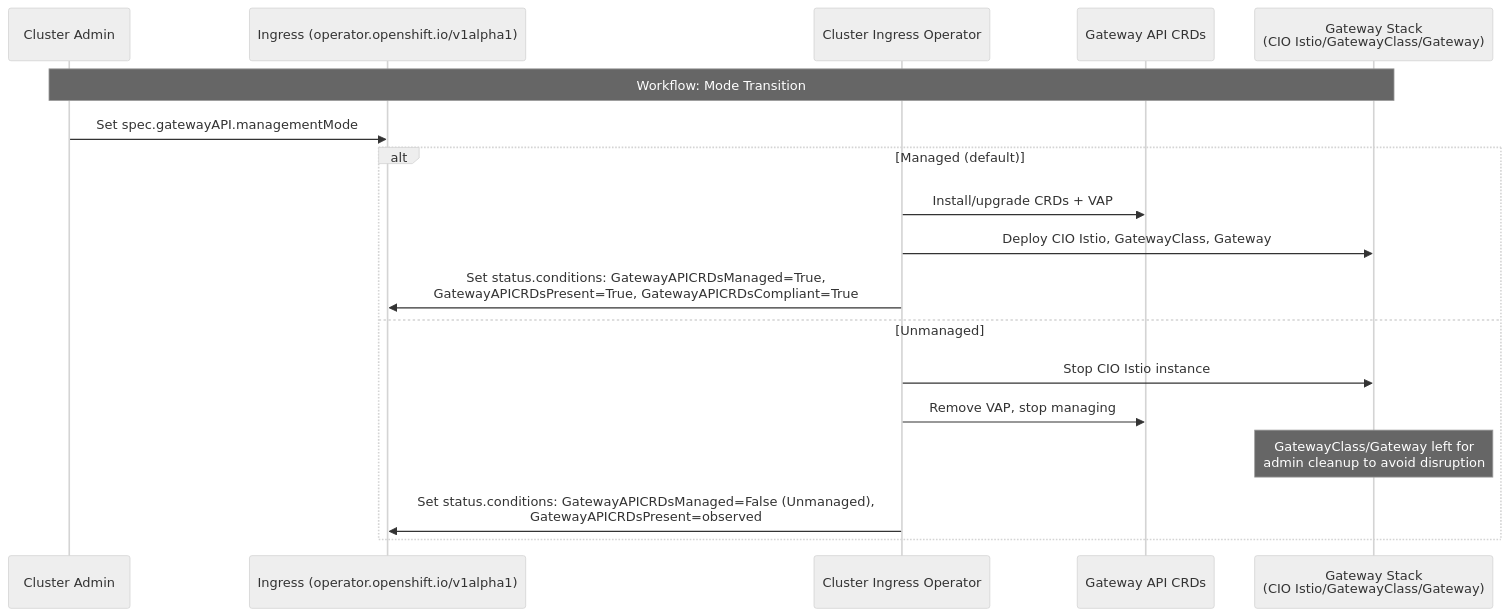
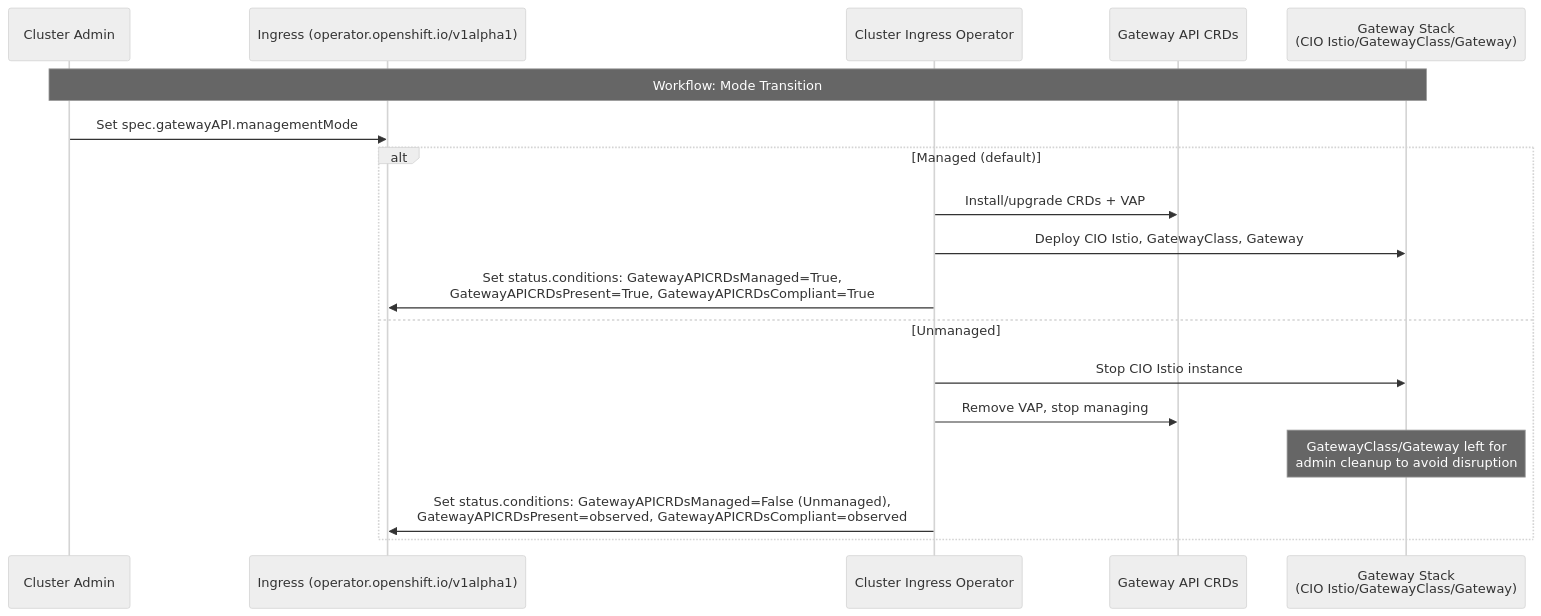
The diagram in enhancements/ingress/gateway-api-crd-management-mode.md (openshift/enhancements), drawn with Mermaid (neutral theme) before and after one commit. The commit also changed other lines of this file, not shown here.

````diff
--- a/enhancements/ingress/gateway-api-crd-management-mode.md
+++ b/enhancements/ingress/gateway-api-crd-management-mode.md
@@ -251,22 +252,22 @@
 ```mermaid
 sequenceDiagram
     participant Admin as Cluster Admin
     participant IC as Ingress (operator.openshift.io/v1alpha1)
     participant CIO as Cluster Ingress Operator
     participant CRDs as Gateway API CRDs
     participant GW as Gateway Stack<br/>(CIO Istio/GatewayClass/Gateway)
 
     Note over Admin,GW: Workflow: Mode Transition
     Admin->>IC: Set spec.gatewayAPI.managementMode
 
     alt Managed (default)
         CIO->>CRDs: Install/upgrade CRDs + VAP
         CIO->>GW: Deploy CIO Istio, GatewayClass, Gateway
         CIO->>IC: Set status.conditions: GatewayAPICRDsManaged=True,<br/>GatewayAPICRDsPresent=True, GatewayAPICRDsCompliant=True
     else Unmanaged
         CIO->>GW: Stop CIO Istio instance
         CIO->>CRDs: Remove VAP, stop managing
         Note over GW: GatewayClass/Gateway left for<br/>admin cleanup to avoid disruption
-        CIO->>IC: Set status.conditions: GatewayAPICRDsManaged=False (Unmanaged),<br/>GatewayAPICRDsPresent=observed
+        CIO->>IC: Set status.conditions: GatewayAPICRDsManaged=False (Unmanaged),<br/>GatewayAPICRDsPresent=observed, GatewayAPICRDsCompliant=observed
     end
 ```
````
